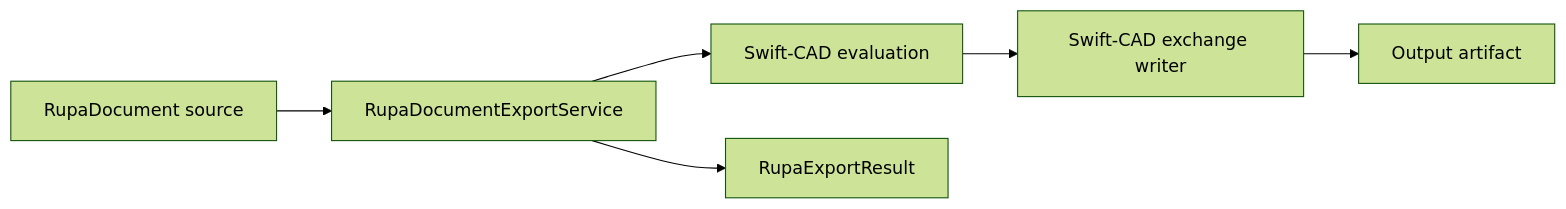
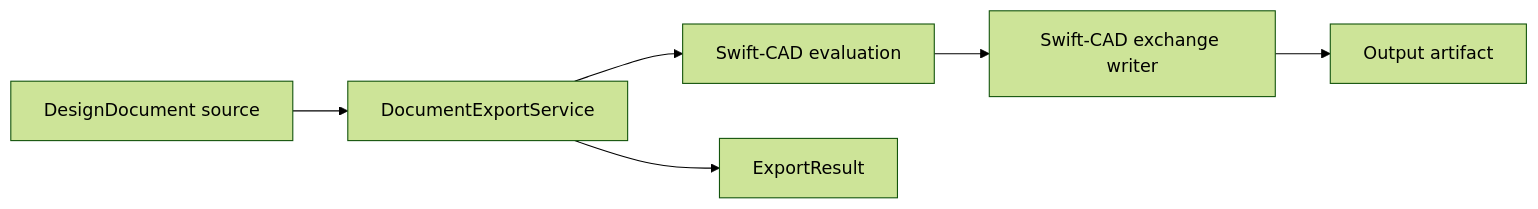
Before and after one commit to 1amageek/Rupa: diagram 12 of 20 in Rupa/SPEC.md, drawn with Mermaid (forest theme). The commit also changed other lines of this file and 153 other files, not shown here.

````diff
--- a/Rupa/SPEC.md
+++ b/Rupa/SPEC.md
@@ -444,8 +525,8 @@
 ```mermaid
 flowchart LR
-    Source["RupaDocument source"] --> Export["RupaDocumentExportService"]
+    Source["DesignDocument source"] --> Export["DocumentExportService"]
     Export --> Evaluate["Swift-CAD evaluation"]
     Evaluate --> Exchange["Swift-CAD exchange writer"]
     Exchange --> Output["Output artifact"]
-    Export --> Result["RupaExportResult"]
+    Export --> Result["ExportResult"]
 ```
````
